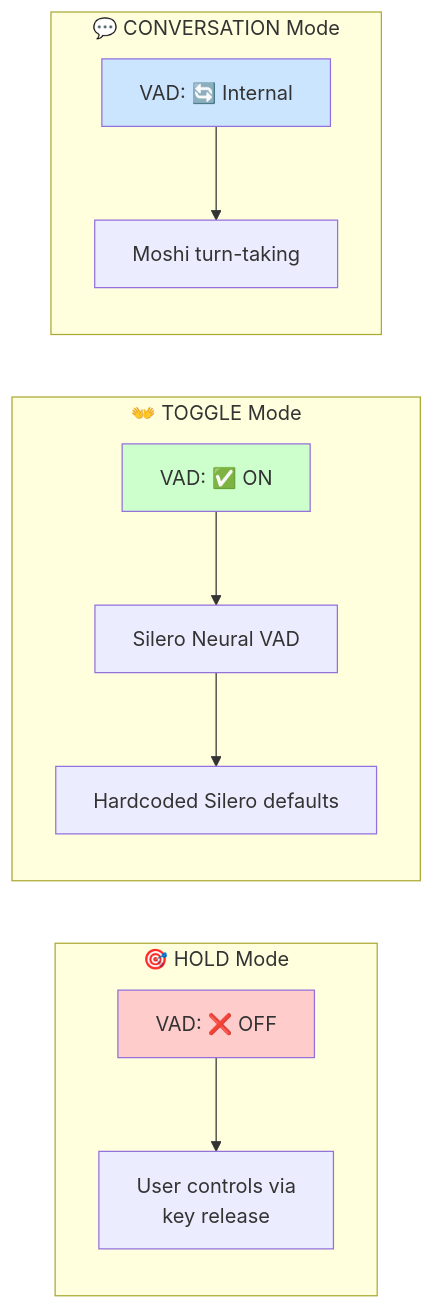
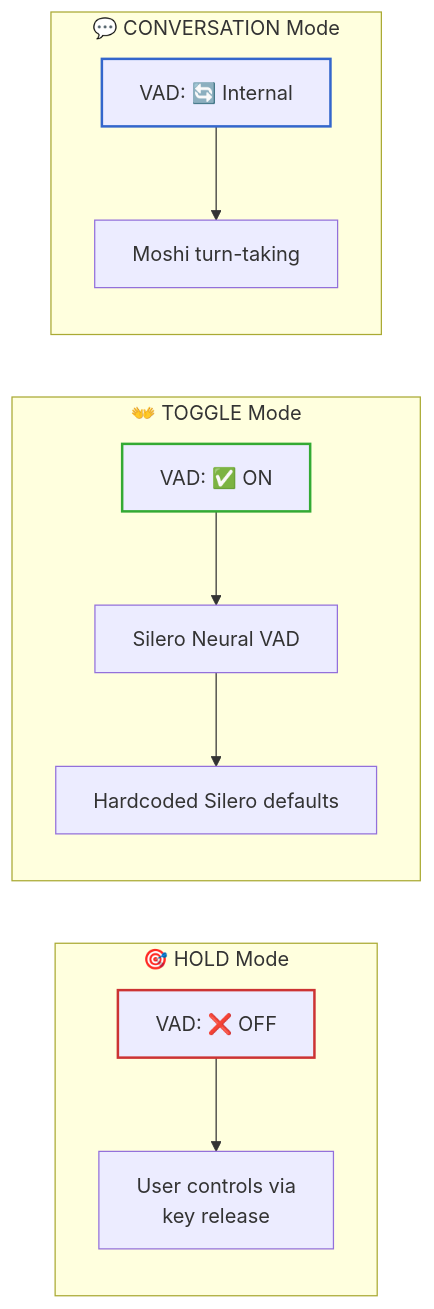
The third of 6 diagrams in docs/HOTKEYS_CONTRACT.md (vetcoders/codescribe), drawn with Mermaid before and after one commit. The commit also changed 4 other files, not shown here.

First line of the commit message:
[claude/interactive] docs(mermaid): fix diagram parsing and theme-hostile styling

````diff
--- a/docs/HOTKEYS_CONTRACT.md
+++ b/docs/HOTKEYS_CONTRACT.md
@@ -211,27 +211,27 @@
 ```mermaid
 flowchart LR
     subgraph HoldMode["🎯 HOLD Mode"]
         H_VAD["VAD: ❌ OFF"]
         H_Control["User controls via<br/>key release"]
     end
 
     subgraph ToggleMode["👐 TOGGLE Mode"]
         T_VAD["VAD: ✅ ON"]
         T_Silero["Silero Neural VAD"]
         T_Config["Hardcoded Silero defaults"]
     end
 
     subgraph ConvMode["💬 CONVERSATION Mode"]
         C_VAD["VAD: 🔄 Internal"]
         C_Moshi["Moshi turn-taking"]
     end
 
     H_VAD --> H_Control
     T_VAD --> T_Silero
     T_Silero --> T_Config
     C_VAD --> C_Moshi
 
-    style H_VAD fill:#ffcccc
-    style T_VAD fill:#ccffcc
-    style C_VAD fill:#cce5ff
+    style H_VAD stroke:#c33,stroke-width:2px
+    style T_VAD stroke:#3a3,stroke-width:2px
+    style C_VAD stroke:#36c,stroke-width:2px
 ```
````
